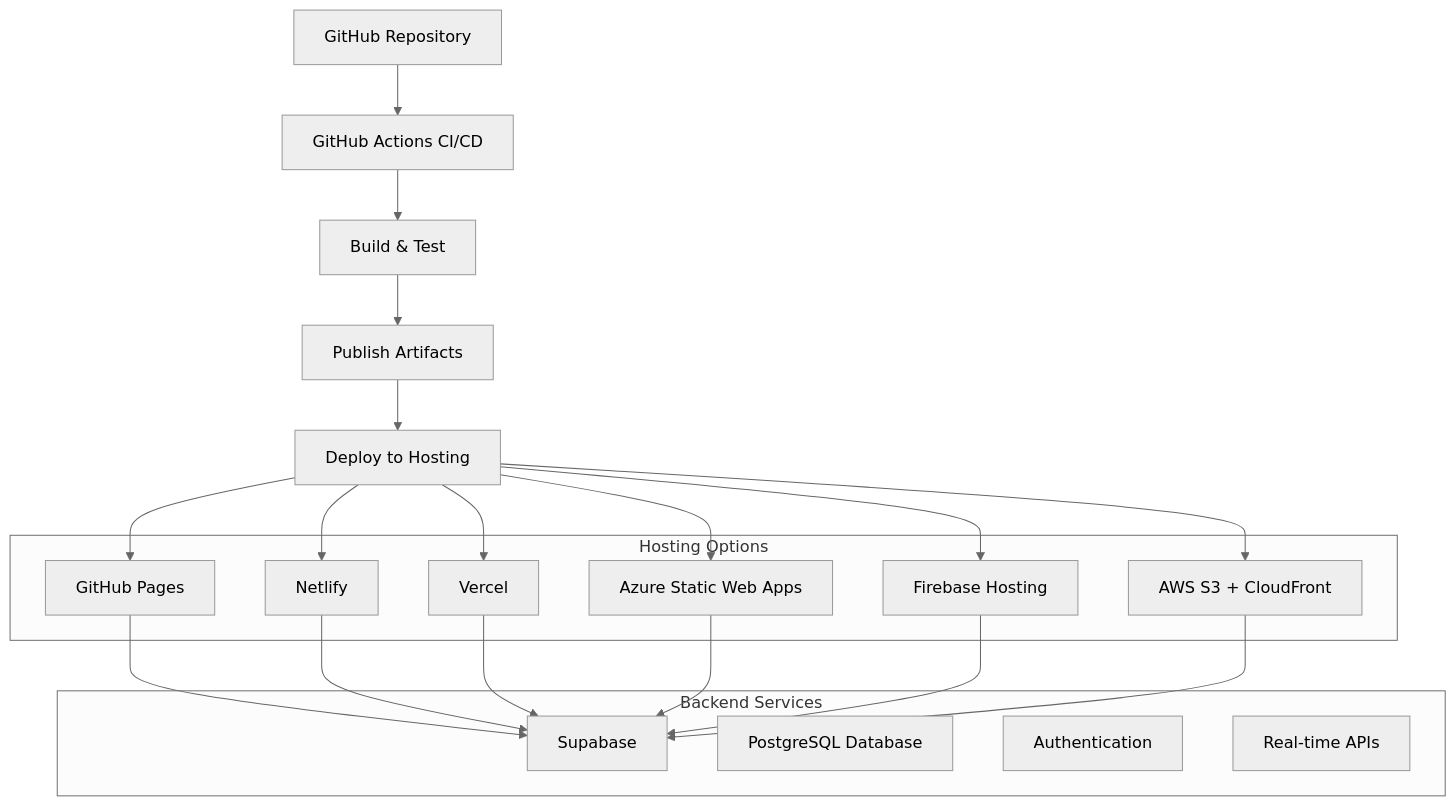
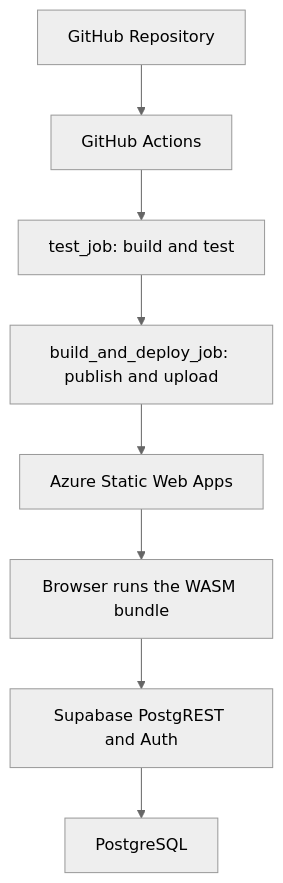
Before and after one commit to mongeon/RecettesIndex: the diagram in docs/DEPLOYMENT.md, drawn with Mermaid (neutral theme). The commit also changed other lines of this file, not shown here.

````diff
--- a/docs/DEPLOYMENT.md
+++ b/docs/DEPLOYMENT.md
@@ -21,37 +17,10 @@
 ```mermaid
 graph TD
-    A[GitHub Repository] --> B[GitHub Actions CI/CD]
-    B --> C[Build & Test]
-    C --> D[Publish Artifacts]
-    D --> E[Deploy to Hosting]
-    
-    subgraph "Hosting Options"
-        F[GitHub Pages]
-        G[Netlify]
-        H[Vercel]
-        I[Azure Static Web Apps]
-        J[Firebase Hosting]
-        K[AWS S3 + CloudFront]
-    end
-    
-    E --> F
-    E --> G
-    E --> H
-    E --> I
-    E --> J
-    E --> K
-    
-    subgraph "Backend Services"
-        L[Supabase]
-        M[PostgreSQL Database]
-        N[Authentication]
-        O[Real-time APIs]
-    end
-    
-    F --> L
-    G --> L
-    H --> L
-    I --> L
-    J --> L
-    K --> L
+    Repo[GitHub Repository] --> Actions[GitHub Actions]
+    Actions --> Test[test_job: build and test]
+    Test --> Deploy[build_and_deploy_job: publish and upload]
+    Deploy --> Swa[Azure Static Web Apps]
+    Swa --> Browser[Browser runs the WASM bundle]
+    Browser --> Supabase[Supabase PostgREST and Auth]
+    Supabase --> Postgres[PostgreSQL]
 ```
````
